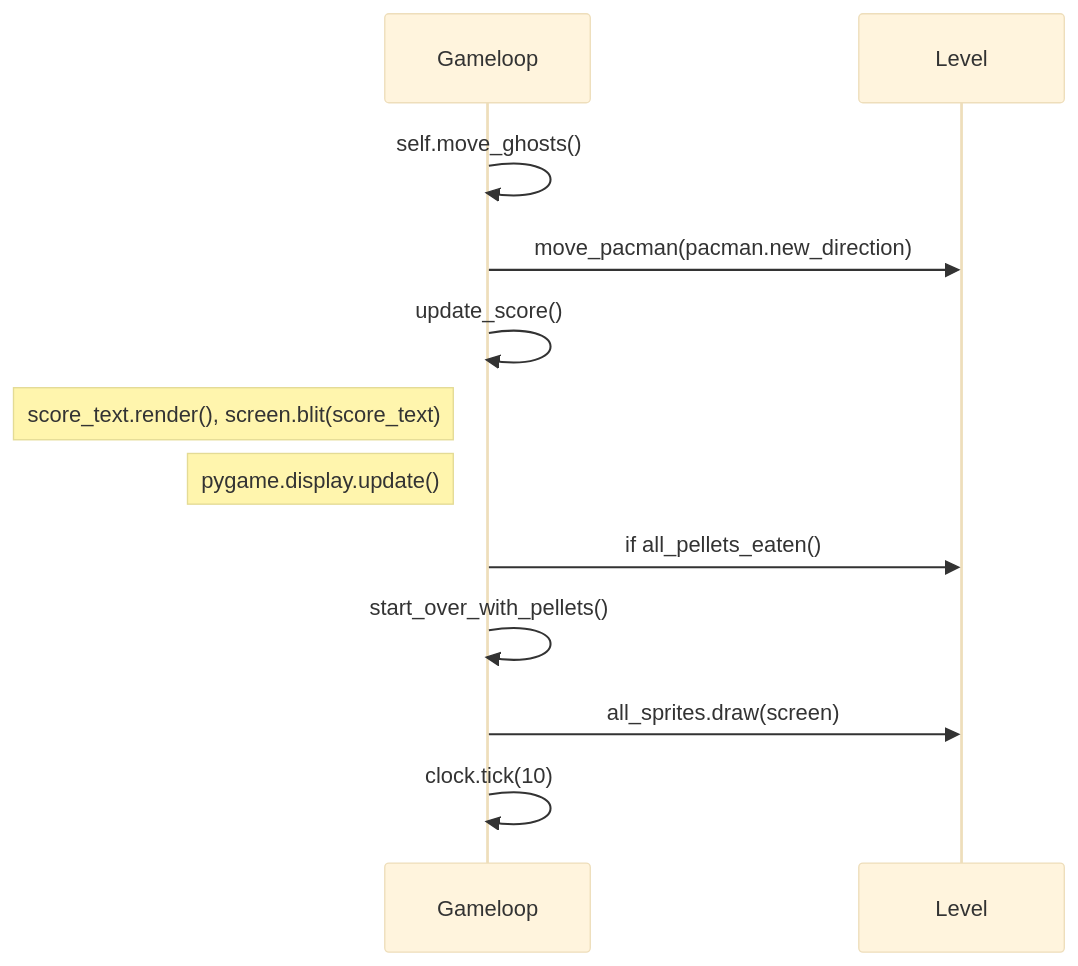
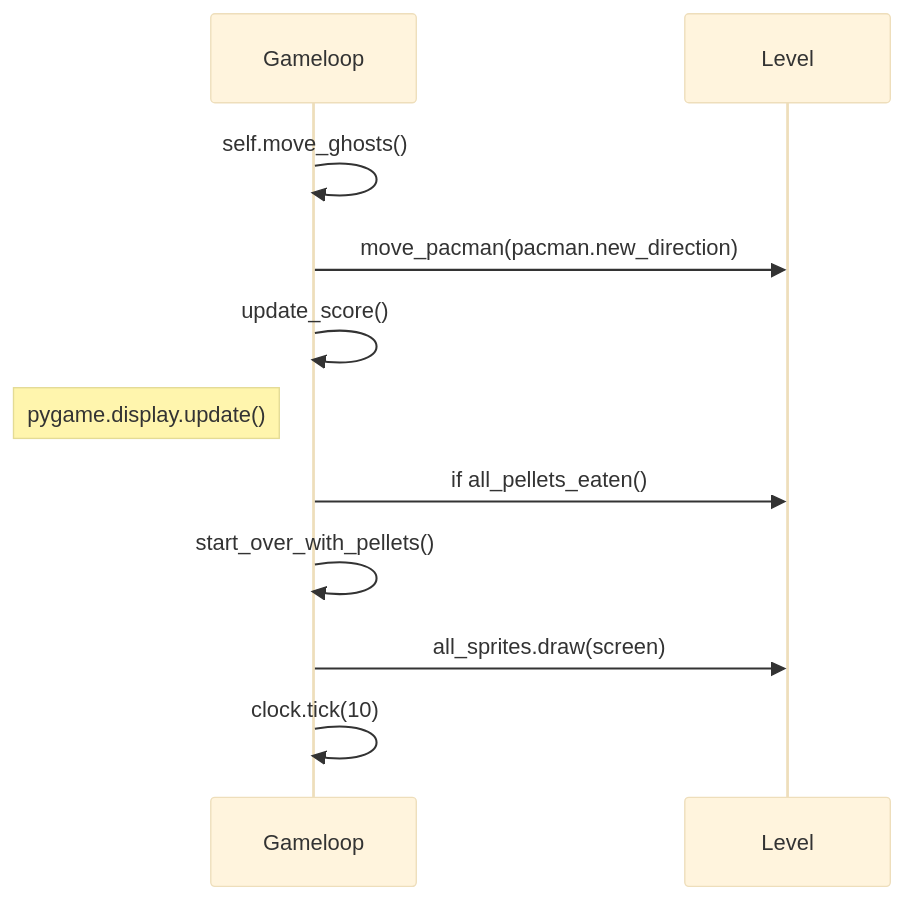
Before and after one commit to henriimmonen/ot-harjoitustyo: the third of 3 diagrams in dokumentaatio/arkkitehtuuri.md, drawn with Mermaid (base theme).

````diff
--- a/dokumentaatio/arkkitehtuuri.md
+++ b/dokumentaatio/arkkitehtuuri.md
@@ -52,12 +52,11 @@
 ```mermaid
 sequenceDiagram
 	Gameloop->>Gameloop: self.move_ghosts()
 	Gameloop->>Level: move_pacman(pacman.new_direction)
 	Gameloop->>Gameloop: update_score()
-	Note left of Gameloop: score_text.render(), screen.blit(score_text)
 	Note left of Gameloop: pygame.display.update()
 	Gameloop->>Level: if all_pellets_eaten()
 	Gameloop->>Gameloop: start_over_with_pellets()
 	Gameloop->>Level: all_sprites.draw(screen)
 	Gameloop->>Gameloop: clock.tick(10)
 ```
````
